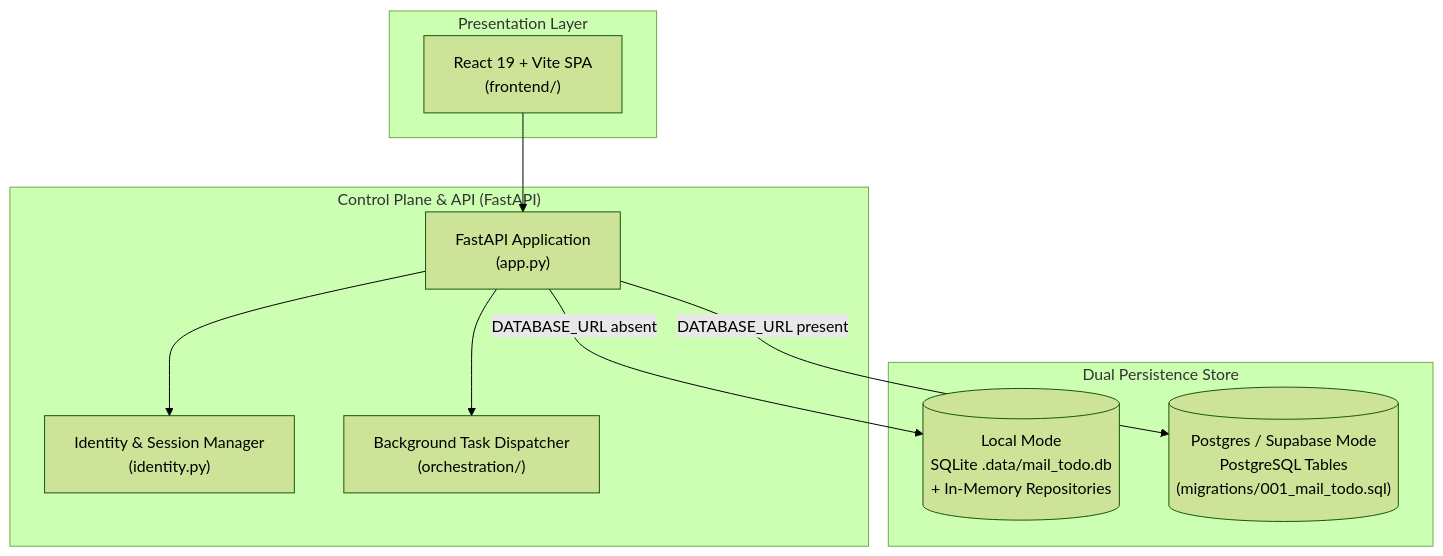
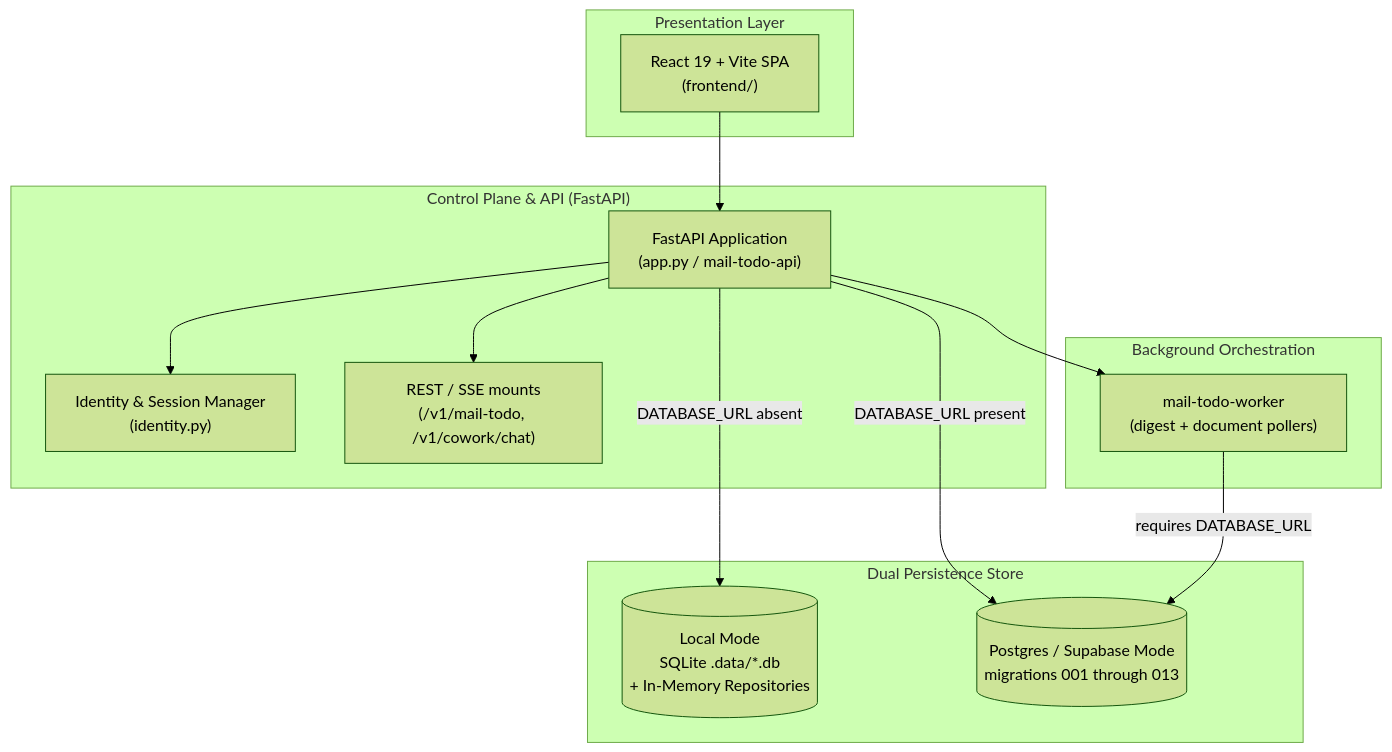
One commit to MathematicGuy/EMAIL-AGENT-v1 changed the diagram in docs/architectures/current-architectures/03-control-plane-persistence-and-uis.md. Above: the diagram before and after it, drawn with Mermaid (forest theme). The commit also changed other lines of this file and 14 other files, not shown here.

````diff
--- a/docs/architectures/current-architectures/03-control-plane-persistence-and-uis.md
+++ b/docs/architectures/current-architectures/03-control-plane-persistence-and-uis.md
@@ -14,24 +14,30 @@
 ```mermaid
 flowchart TB
     subgraph PRESENTATION["Presentation Layer"]
         REACT["React 19 + Vite SPA<br/>(frontend/)"]
     end
 
     subgraph CONTROL["Control Plane & API (FastAPI)"]
-        APP["FastAPI Application<br/>(app.py)"]
+        APP["FastAPI Application<br/>(app.py / mail-todo-api)"]
         AUTH["Identity & Session Manager<br/>(identity.py)"]
-        WORKER["Background Task Dispatcher<br/>(orchestration/)"]
+        ROUTES["REST / SSE mounts<br/>(/v1/mail-todo, /v1/cowork/chat)"]
+    end
+
+    subgraph WORKERS["Background Orchestration"]
+        WORKER["mail-todo-worker<br/>(digest + document pollers)"]
     end
 
     subgraph PERSISTENCE["Dual Persistence Store"]
-        LOCAL[("Local Mode<br/>SQLite .data/mail_todo.db<br/>+ In-Memory Repositories")]
-        PG[("Postgres / Supabase Mode<br/>PostgreSQL Tables<br/>(migrations/001_mail_todo.sql)")]
+        LOCAL[("Local Mode<br/>SQLite .data/*.db<br/>+ In-Memory Repositories")]
+        PG[("Postgres / Supabase Mode<br/>migrations 001 through 013")]
     end
 
     REACT --> APP
     APP --> AUTH
+    APP --> ROUTES
     APP --> WORKER
-    
+
     APP -->|DATABASE_URL absent| LOCAL
     APP -->|DATABASE_URL present| PG
+    WORKER -->|requires DATABASE_URL| PG
 ```
````
